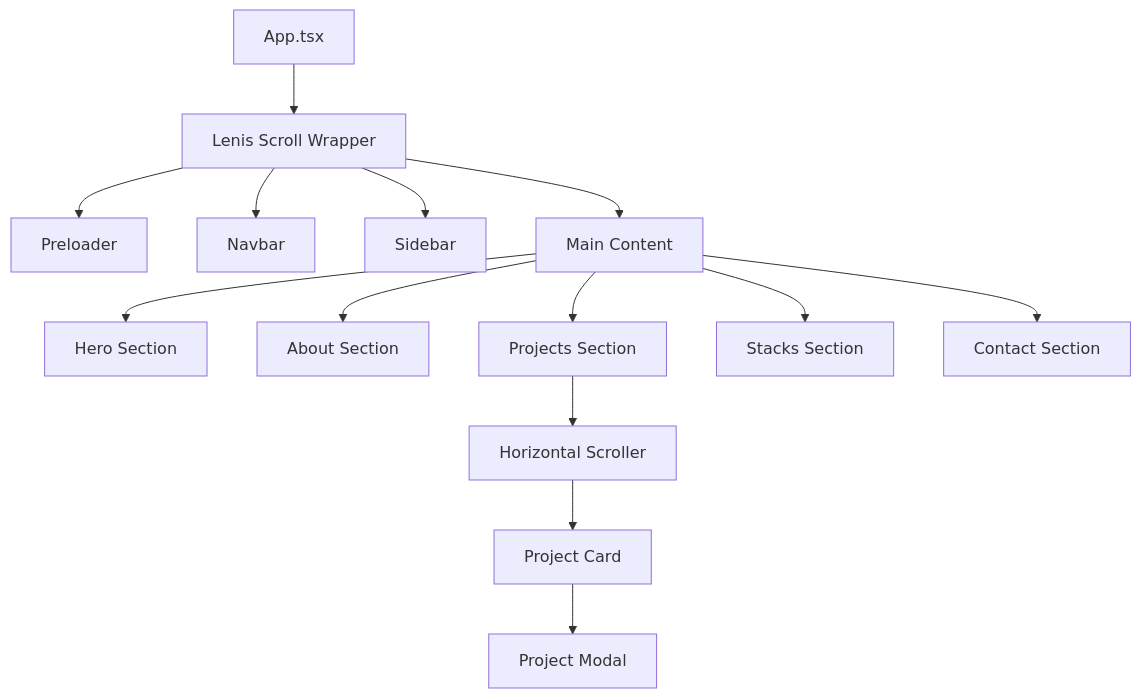
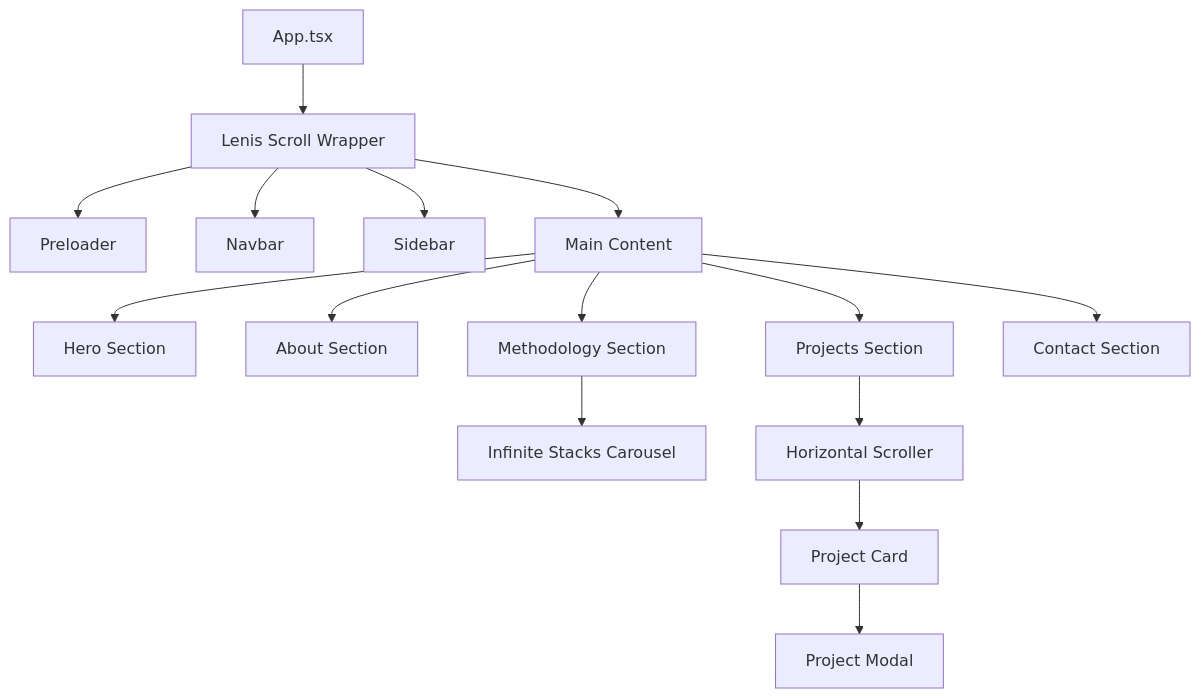
The diagram in ARCH.md (PauloHenrrq/Portfolio), drawn with Mermaid before and after one commit. The commit also changed 35 other files, not shown here.

````diff
--- a/ARCH.md
+++ b/ARCH.md
@@ -7,18 +7,19 @@
 ```mermaid
 graph TD
     App[App.tsx] --> Lenis[Lenis Scroll Wrapper]
     Lenis --> Preloader[Preloader]
     Lenis --> Navbar[Navbar]
     Lenis --> Sidebar[Sidebar]
     Lenis --> Content[Main Content]
     
     Content --> Hero[Hero Section]
     Content --> About[About Section]
+    Content --> Methodology[Methodology Section]
     Content --> Projects[Projects Section]
-    Content --> Stacks[Stacks Section]
     Content --> Contact[Contact Section]
     
+    Methodology --> StacksCarousel[Infinite Stacks Carousel]
     Projects --> ProjectScroller[Horizontal Scroller]
     ProjectScroller --> ProjectCard[Project Card]
     ProjectCard --> Modal[Project Modal]
 ```
````
